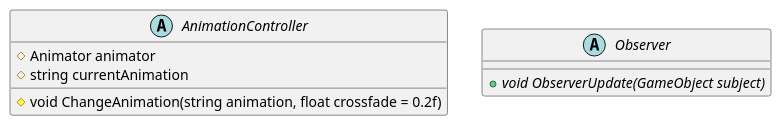
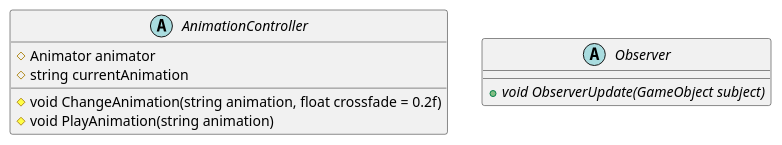
Before and after one commit to LOG725-01/JustOneEarth: the diagram in Assets/Scripts/Documentation/toImport.puml, drawn with PlantUML. The commit also changed 2 other files, not shown here.

```diff
--- a/Assets/Scripts/Documentation/toImport.puml
+++ b/Assets/Scripts/Documentation/toImport.puml
@@ -1,12 +1,13 @@
 // @startuml ee
 
 abstract AnimationController {
     # Animator animator
     # string currentAnimation
 
     # void ChangeAnimation(string animation, float crossfade = 0.2f)
+    # void PlayAnimation(string animation)
 }
 
 abstract Observer {
     + {abstract} void ObserverUpdate(GameObject subject)
 }
```
